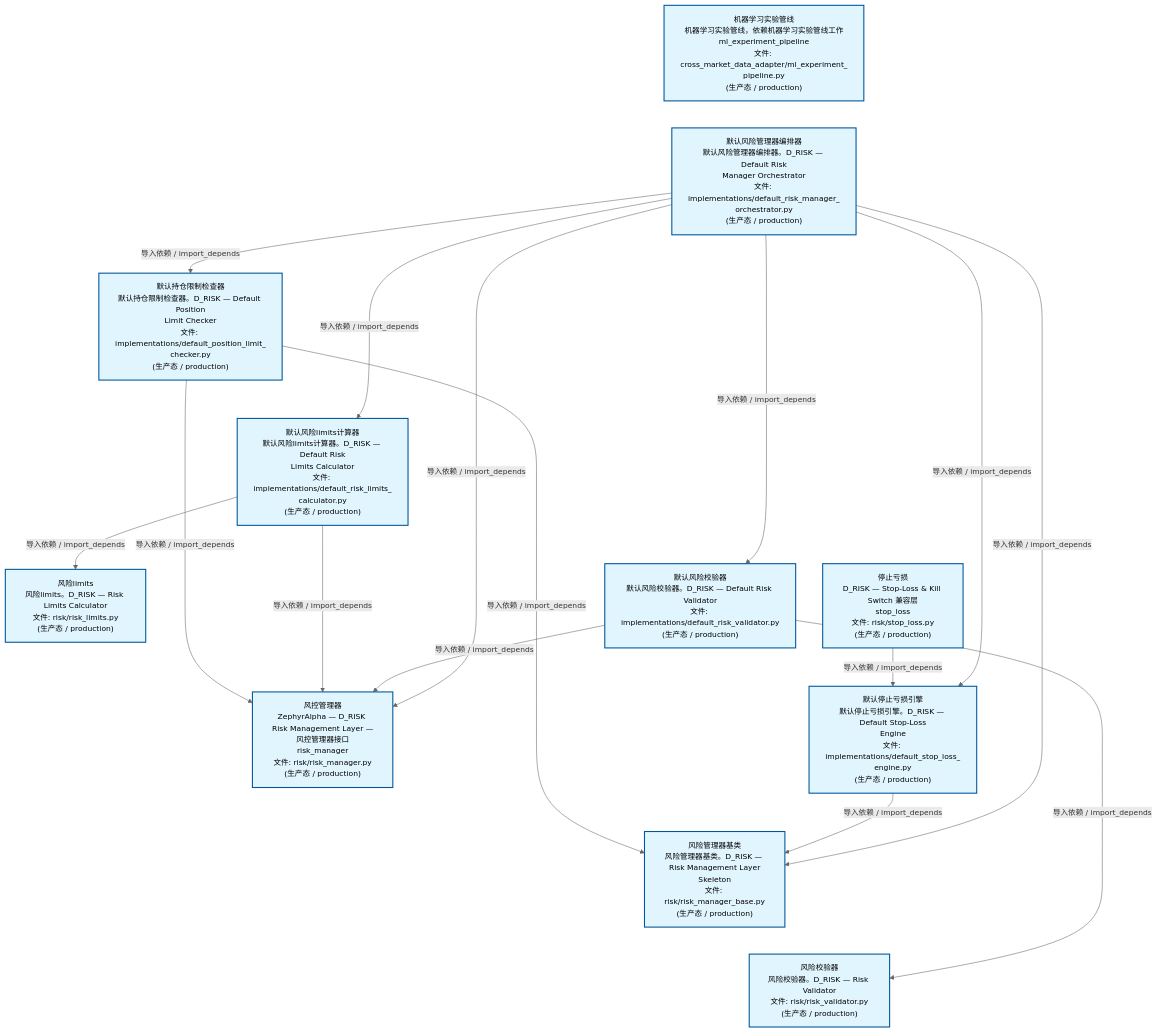
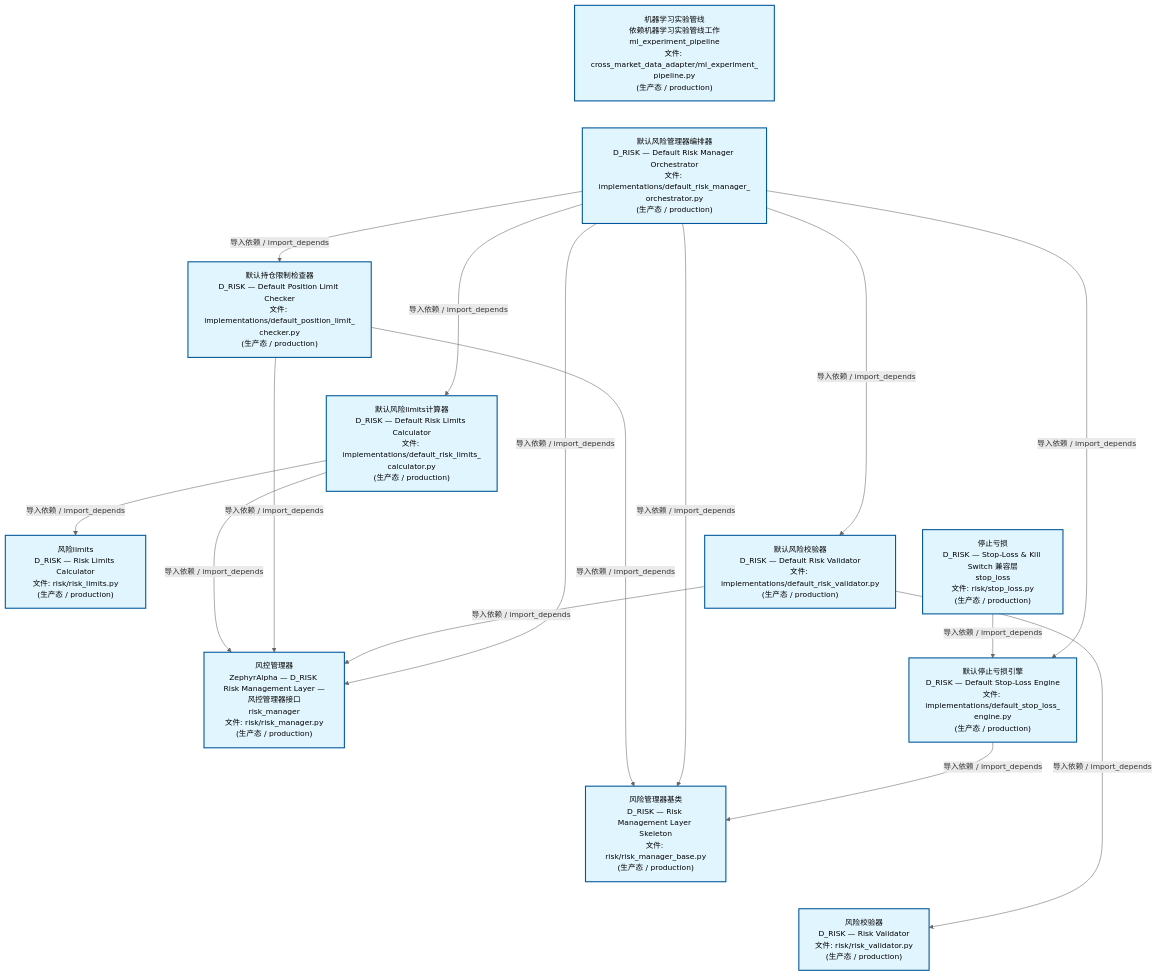
The second of 4 diagrams in docs/02_enterprise_architecture/02_domain_architecture_docs/65_d_risk.md (xuanFelixVan/ZephyrAlpha), drawn with Mermaid before and after one commit. The commit also changed other lines of this file and 61 other files, not shown here.

````diff
--- a/docs/02_enterprise_architecture/02_domain_architecture_docs/65_d_risk.md
+++ b/docs/02_enterprise_architecture/02_domain_architecture_docs/65_d_risk.md
@@ -136,42 +138,42 @@
 ```mermaid
 %%{init: {'theme': 'base', 'themeVariables': {'primaryColor': '#eaeaea', 'primaryTextColor': '#333333', 'primaryBorderColor': '#666666', 'lineColor': '#666666', 'secondaryColor': '#eaeaea', 'tertiaryColor': '#eaeaea', 'fontSize': '14px'}}}%%
 flowchart TD
-    src_zephyr_risk_cross_asset_cross_market_data_adapter_ml_experiment_pipeline_py["机器学习实验管线<br/>机器学习实验管线，依赖机器学习实验管线工作<br/>ml_experiment_pipeline<br/>文件: cross_market_data_adapter/ml_experiment_<br/>pipeline.py<br/>(生产态 / production)"]
-    src_zephyr_risk_implementations_default_risk_manager_orchestrator_py["默认风险管理器编排器<br/>默认风险管理器编排器。D_RISK — Default Risk<br/>Manager Orchestrator<br/>文件: implementations/default_risk_manager_<br/>orchestrator.py<br/>(生产态 / production)"]
+    src_zephyr_risk_cross_asset_cross_market_data_adapter_ml_experiment_pipeline_py["机器学习实验管线<br/>依赖机器学习实验管线工作<br/>ml_experiment_pipeline<br/>文件: cross_market_data_adapter/ml_experiment_<br/>pipeline.py<br/>(生产态 / production)"]
+    src_zephyr_risk_implementations_default_risk_manager_orchestrator_py["默认风险管理器编排器<br/>D_RISK — Default Risk Manager Orchestrator<br/>文件: implementations/default_risk_manager_<br/>orchestrator.py<br/>(生产态 / production)"]
     src_zephyr_risk_stop_loss_py["停止亏损<br/>D_RISK — Stop-Loss & Kill Switch 兼容层<br/>stop_loss<br/>文件: risk/stop_loss.py<br/>(生产态 / production)"]
     src_zephyr_risk_cross_asset_cross_market_data_adapter_ml_experiment_pipeline_py ~~~ src_zephyr_risk_implementations_default_risk_manager_orchestrator_py
     src_zephyr_risk_implementations_default_risk_manager_orchestrator_py ~~~ src_zephyr_risk_stop_loss_py
-    src_zephyr_risk_implementations_default_position_limit_checker_py["默认持仓限制检查器<br/>默认持仓限制检查器。D_RISK — Default Position<br/>Limit Checker<br/>文件: implementations/default_position_limit_<br/>checker.py<br/>(生产态 / production)"]
-    src_zephyr_risk_implementations_default_risk_limits_calculator_py["默认风险limits计算器<br/>默认风险limits计算器。D_RISK — Default Risk<br/>Limits Calculator<br/>文件: implementations/default_risk_limits_<br/>calculator.py<br/>(生产态 / production)"]
-    src_zephyr_risk_implementations_default_risk_validator_py["默认风险校验器<br/>默认风险校验器。D_RISK — Default Risk Validator<br/>文件: implementations/default_risk_validator.py<br/>(生产态 / production)"]
-    src_zephyr_risk_implementations_default_stop_loss_engine_py["默认停止亏损引擎<br/>默认停止亏损引擎。D_RISK — Default Stop-Loss<br/>Engine<br/>文件: implementations/default_stop_loss_<br/>engine.py<br/>(生产态 / production)"]
+    src_zephyr_risk_implementations_default_position_limit_checker_py["默认持仓限制检查器<br/>D_RISK — Default Position Limit Checker<br/>文件: implementations/default_position_limit_<br/>checker.py<br/>(生产态 / production)"]
+    src_zephyr_risk_implementations_default_risk_limits_calculator_py["默认风险limits计算器<br/>D_RISK — Default Risk Limits Calculator<br/>文件: implementations/default_risk_limits_<br/>calculator.py<br/>(生产态 / production)"]
+    src_zephyr_risk_implementations_default_risk_validator_py["默认风险校验器<br/>D_RISK — Default Risk Validator<br/>文件: implementations/default_risk_validator.py<br/>(生产态 / production)"]
+    src_zephyr_risk_implementations_default_stop_loss_engine_py["默认停止亏损引擎<br/>D_RISK — Default Stop-Loss Engine<br/>文件: implementations/default_stop_loss_<br/>engine.py<br/>(生产态 / production)"]
     src_zephyr_risk_implementations_default_position_limit_checker_py ~~~ src_zephyr_risk_implementations_default_risk_limits_calculator_py
     src_zephyr_risk_implementations_default_risk_limits_calculator_py ~~~ src_zephyr_risk_implementations_default_risk_validator_py
     src_zephyr_risk_implementations_default_risk_validator_py ~~~ src_zephyr_risk_implementations_default_stop_loss_engine_py
-    src_zephyr_risk_risk_limits_py["风险limits<br/>风险limits。D_RISK — Risk Limits Calculator<br/>文件: risk/risk_limits.py<br/>(生产态 / production)"]
+    src_zephyr_risk_risk_limits_py["风险limits<br/>D_RISK — Risk Limits Calculator<br/>文件: risk/risk_limits.py<br/>(生产态 / production)"]
     src_zephyr_risk_risk_manager_py["风控管理器<br/>ZephyrAlpha — D_RISK Risk Management Layer —<br/>风控管理器接口<br/>risk_manager<br/>文件: risk/risk_manager.py<br/>(生产态 / production)"]
-    src_zephyr_risk_risk_manager_base_py["风险管理器基类<br/>风险管理器基类。D_RISK — Risk Management Layer<br/>Skeleton<br/>文件: risk/risk_manager_base.py<br/>(生产态 / production)"]
-    src_zephyr_risk_risk_validator_py["风险校验器<br/>风险校验器。D_RISK — Risk Validator<br/>文件: risk/risk_validator.py<br/>(生产态 / production)"]
+    src_zephyr_risk_risk_manager_base_py["风险管理器基类<br/>D_RISK — Risk Management Layer Skeleton<br/>文件: risk/risk_manager_base.py<br/>(生产态 / production)"]
+    src_zephyr_risk_risk_validator_py["风险校验器<br/>D_RISK — Risk Validator<br/>文件: risk/risk_validator.py<br/>(生产态 / production)"]
     src_zephyr_risk_risk_limits_py ~~~ src_zephyr_risk_risk_manager_py
     src_zephyr_risk_risk_manager_py ~~~ src_zephyr_risk_risk_manager_base_py
     src_zephyr_risk_risk_manager_base_py ~~~ src_zephyr_risk_risk_validator_py
     src_zephyr_risk_stop_loss_py -->|导入依赖 / import_depends| src_zephyr_risk_implementations_default_stop_loss_engine_py
+    src_zephyr_risk_implementations_default_risk_limits_calculator_py -->|导入依赖 / import_depends| src_zephyr_risk_risk_manager_py
+    src_zephyr_risk_implementations_default_risk_limits_calculator_py -->|导入依赖 / import_depends| src_zephyr_risk_risk_limits_py
     src_zephyr_risk_implementations_default_position_limit_checker_py -->|导入依赖 / import_depends| src_zephyr_risk_risk_manager_py
     src_zephyr_risk_implementations_default_position_limit_checker_py -->|导入依赖 / import_depends| src_zephyr_risk_risk_manager_base_py
-    src_zephyr_risk_implementations_default_risk_limits_calculator_py -->|导入依赖 / import_depends| src_zephyr_risk_risk_limits_py
-    src_zephyr_risk_implementations_default_risk_limits_calculator_py -->|导入依赖 / import_depends| src_zephyr_risk_risk_manager_py
     src_zephyr_risk_implementations_default_risk_validator_py -->|导入依赖 / import_depends| src_zephyr_risk_risk_manager_py
     src_zephyr_risk_implementations_default_risk_validator_py -->|导入依赖 / import_depends| src_zephyr_risk_risk_validator_py
-    src_zephyr_risk_implementations_default_stop_loss_engine_py -->|导入依赖 / import_depends| src_zephyr_risk_risk_manager_base_py
     src_zephyr_risk_implementations_default_risk_manager_orchestrator_py -->|导入依赖 / import_depends| src_zephyr_risk_risk_manager_py
     src_zephyr_risk_implementations_default_risk_manager_orchestrator_py -->|导入依赖 / import_depends| src_zephyr_risk_risk_manager_base_py
+    src_zephyr_risk_implementations_default_risk_manager_orchestrator_py -->|导入依赖 / import_depends| src_zephyr_risk_implementations_default_risk_limits_calculator_py
     src_zephyr_risk_implementations_default_risk_manager_orchestrator_py -->|导入依赖 / import_depends| src_zephyr_risk_implementations_default_position_limit_checker_py
-    src_zephyr_risk_implementations_default_risk_manager_orchestrator_py -->|导入依赖 / import_depends| src_zephyr_risk_implementations_default_risk_limits_calculator_py
     src_zephyr_risk_implementations_default_risk_manager_orchestrator_py -->|导入依赖 / import_depends| src_zephyr_risk_implementations_default_risk_validator_py
     src_zephyr_risk_implementations_default_risk_manager_orchestrator_py -->|导入依赖 / import_depends| src_zephyr_risk_implementations_default_stop_loss_engine_py
+    src_zephyr_risk_implementations_default_stop_loss_engine_py -->|导入依赖 / import_depends| src_zephyr_risk_risk_manager_base_py
     classDef production fill:#e1f5fe,stroke:#01579b,stroke-width:2px,color:#000
     classDef design fill:#fff3e0,stroke:#e65100,stroke-width:2px,color:#000,stroke-dasharray: 5 5
     classDef external_prod fill:#e8f4fd,stroke:#0277bd,stroke-width:1px,color:#000
     classDef external_design fill:#fff8e7,stroke:#ef6c00,stroke-width:1px,color:#000,stroke-dasharray: 5 5
     class src_zephyr_risk_cross_asset_cross_market_data_adapter_ml_experiment_pipeline_py,src_zephyr_risk_implementations_default_position_limit_checker_py,src_zephyr_risk_implementations_default_risk_limits_calculator_py,src_zephyr_risk_implementations_default_risk_manager_orchestrator_py,src_zephyr_risk_implementations_default_risk_validator_py,src_zephyr_risk_implementations_default_stop_loss_engine_py,src_zephyr_risk_risk_limits_py,src_zephyr_risk_risk_manager_py,src_zephyr_risk_risk_manager_base_py,src_zephyr_risk_risk_validator_py,src_zephyr_risk_stop_loss_py production
 ```
````
